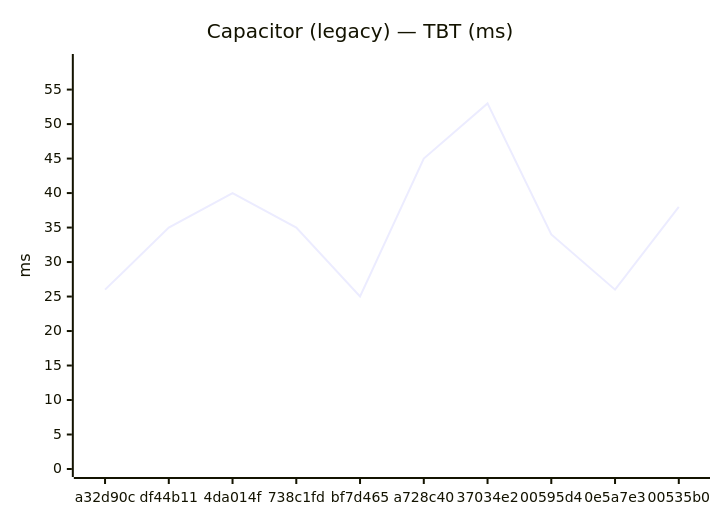
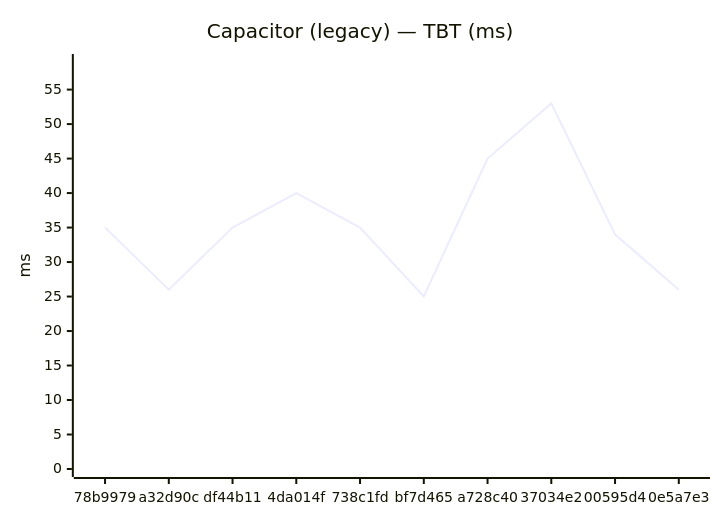
The sixth of 24 diagrams in benchmarks/compare.md (Metaheurist/Rianell), drawn with Mermaid before and after one commit. The commit also changed other lines of this file and 12 other files, not shown here.

````diff
--- a/benchmarks/compare.md
+++ b/benchmarks/compare.md
@@ -91,7 +91,7 @@
 ```mermaid
 xychart-beta
     title "Capacitor (legacy) — TBT (ms)"
-    x-axis ["a32d90c", "df44b11", "4da014f", "738c1fd", "bf7d465", "a728c40", "37034e2", "00595d4", "0e5a7e3", "00535b0"]
+    x-axis ["78b9979", "a32d90c", "df44b11", "4da014f", "738c1fd", "bf7d465", "a728c40", "37034e2", "00595d4", "0e5a7e3"]
     y-axis "ms" 0 --> 59
-    line [26, 35, 40, 35, 25, 45, 53, 34, 26, 38]
+    line [35, 26, 35, 40, 35, 25, 45, 53, 34, 26]
 ```
````
